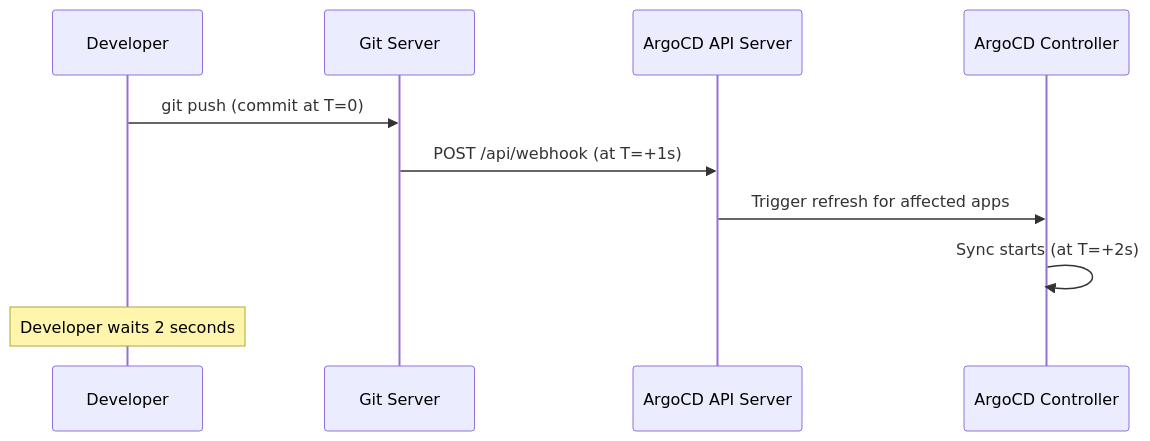
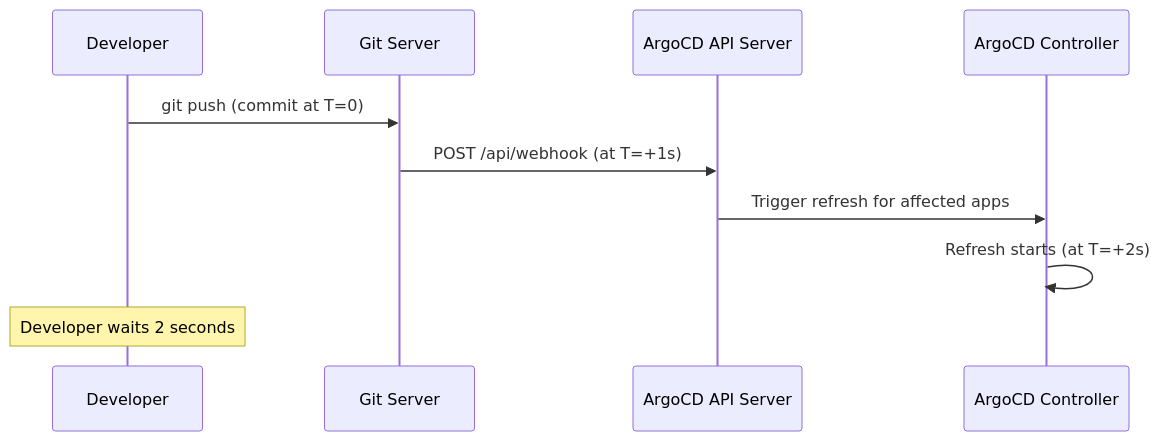
One commit to OneUptime/blog changed the second of 2 diagrams in posts/2026-02-26-argocd-sync-on-push-not-polling/README.md. Above: the diagram before and after it, drawn with Mermaid. The commit also changed other lines of this file and 2 other files, not shown here.

Commit message:
validate: 2026-02-26-argocd-sync-on-push-not-polling

````diff
--- a/posts/2026-02-26-argocd-sync-on-push-not-polling/README.md
+++ b/posts/2026-02-26-argocd-sync-on-push-not-polling/README.md
@@ -39,13 +39,13 @@
 ```mermaid
 sequenceDiagram
     participant Dev as Developer
     participant Git as Git Server
     participant ArgoCD as ArgoCD API Server
     participant Controller as ArgoCD Controller
 
     Dev->>Git: git push (commit at T=0)
     Git->>ArgoCD: POST /api/webhook (at T=+1s)
     ArgoCD->>Controller: Trigger refresh for affected apps
-    Controller->>Controller: Sync starts (at T=+2s)
+    Controller->>Controller: Refresh starts (at T=+2s)
     Note over Dev: Developer waits 2 seconds
 ```
````
